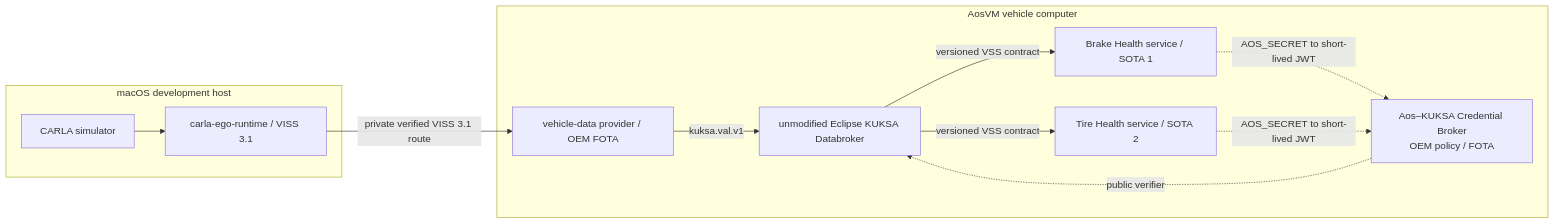
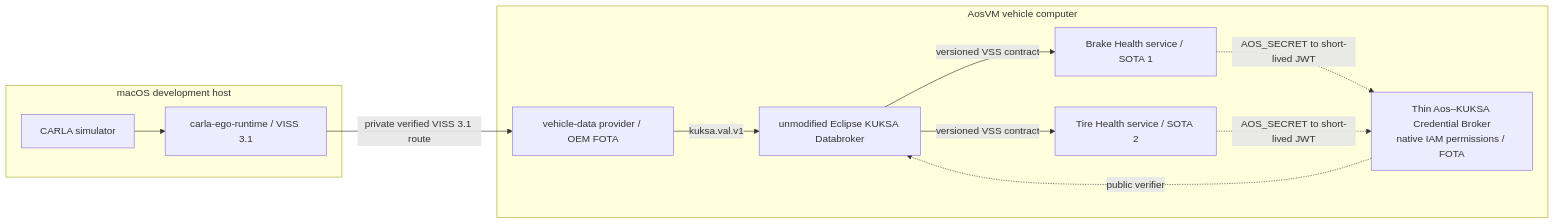
One commit to alexmaninblack/aosedge-sdv-demo changed the diagram in docs/architecture/repository-boundaries.md. Above: the diagram before and after it, drawn with Mermaid. The commit also changed other lines of this file and 33 other files, not shown here.

First line of the commit message:
docs: align KUKSA credentials with Aos IAM

````diff
--- a/docs/architecture/repository-boundaries.md
+++ b/docs/architecture/repository-boundaries.md
@@ -14,24 +14,24 @@
 ```mermaid
 flowchart LR
     subgraph macOS["macOS development host"]
         CARLA["CARLA simulator"]
         VISS["carla-ego-runtime / VISS 3.1"]
         CARLA --> VISS
     end
 
     subgraph AosVM["AosVM vehicle computer"]
         PROVIDER["vehicle-data provider / OEM FOTA"]
-        BROKER["Aos–KUKSA Credential Broker<br/>OEM policy / FOTA"]
+        BROKER["Thin Aos–KUKSA Credential Broker<br/>native IAM permissions / FOTA"]
         KUKSA["unmodified Eclipse KUKSA Databroker"]
         SERVICE1["Brake Health service / SOTA 1"]
         SERVICE2["Tire Health service / SOTA 2"]
         PROVIDER -->|"kuksa.val.v1"| KUKSA
         KUKSA -->|"versioned VSS contract"| SERVICE1
         KUKSA -->|"versioned VSS contract"| SERVICE2
         SERVICE1 -. "AOS_SECRET to short-lived JWT" .-> BROKER
         SERVICE2 -. "AOS_SECRET to short-lived JWT" .-> BROKER
         BROKER -. "public verifier" .-> KUKSA
     end
 
     VISS -->|"private verified VISS 3.1 route"| PROVIDER
 ```
````
